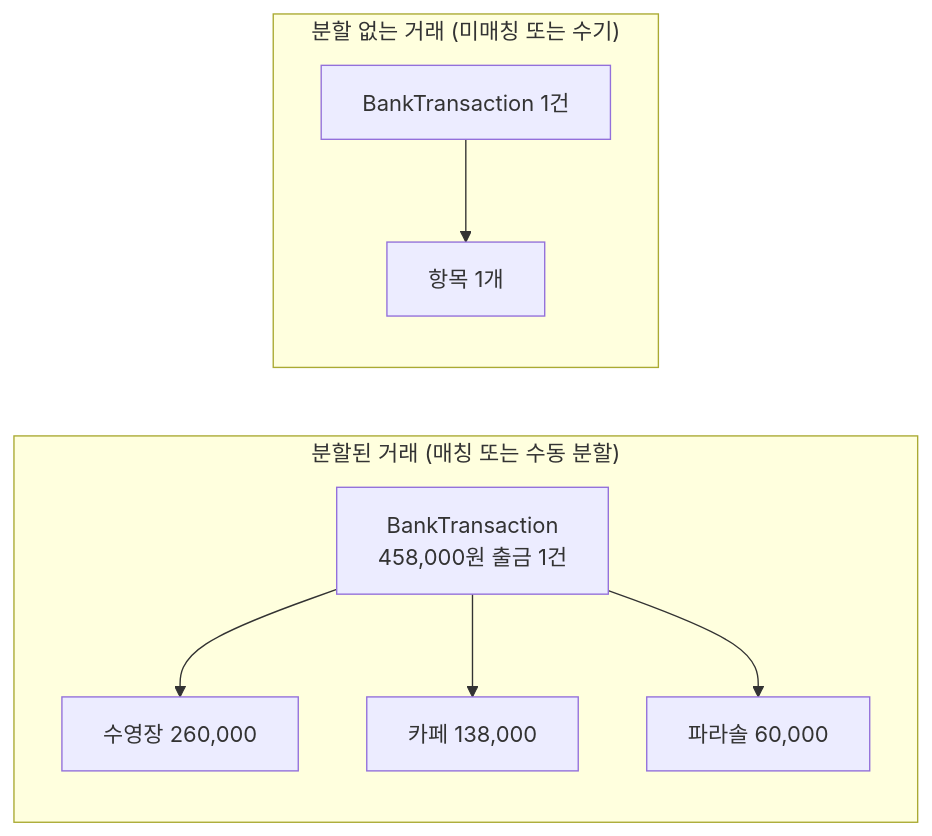
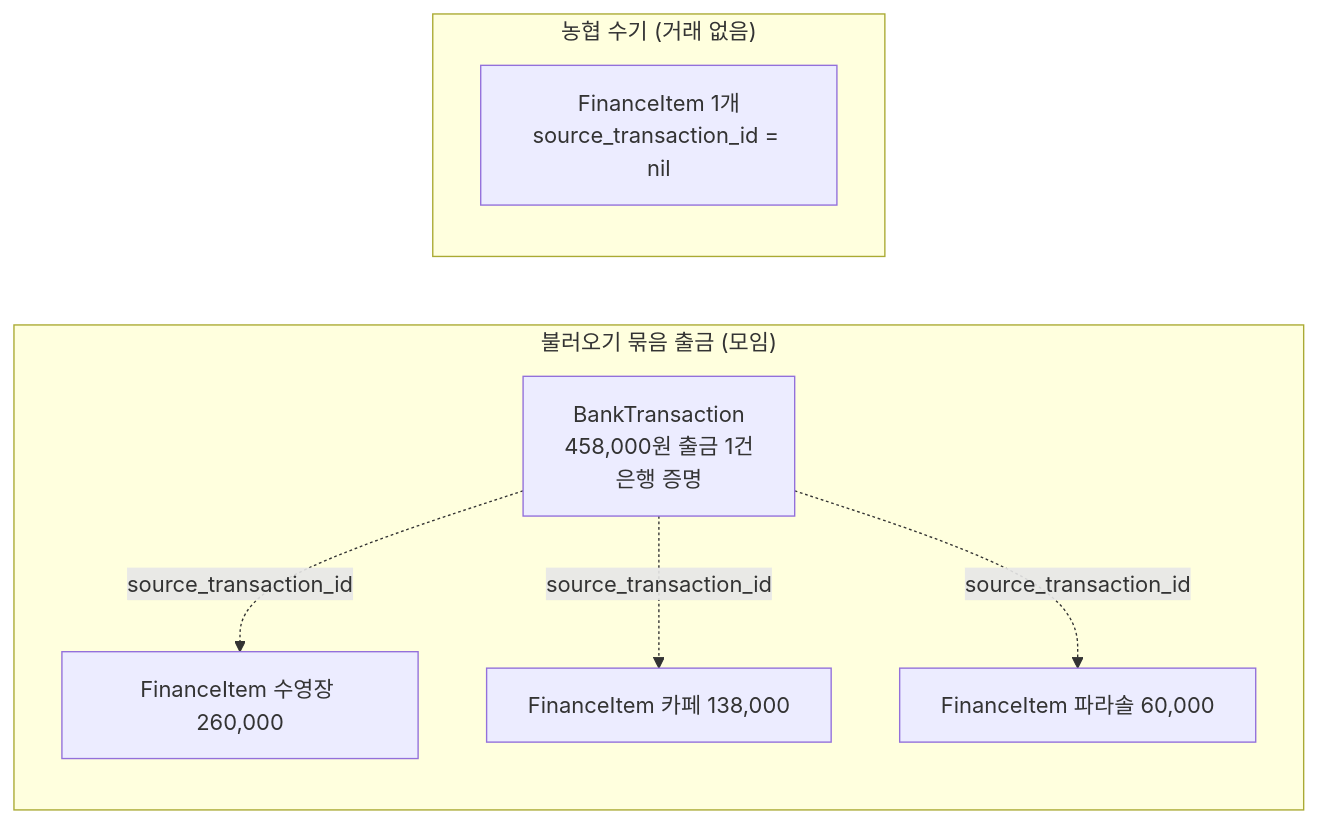
One commit to Ciracino88/nanuri-ios-app changed the second of 3 diagrams in NanuriAdmin/Features/Finance/README.md. Above: the diagram before and after it, drawn with Mermaid. The commit also changed other lines of this file and 1 other file, not shown here.

````diff
--- a/NanuriAdmin/Features/Finance/README.md
+++ b/NanuriAdmin/Features/Finance/README.md
@@ -132,12 +137,12 @@
 ```mermaid
 flowchart LR
-    subgraph g1["분할된 거래 (매칭 또는 수동 분할)"]
-      t1["BankTransaction<br/>458,000원 출금 1건"]
-      t1 --> r1["수영장 260,000"]
-      t1 --> r2["카페 138,000"]
-      t1 --> r3["파라솔 60,000"]
+    subgraph g1["불러오기 묶음 출금 (모임)"]
+      t1["BankTransaction<br/>458,000원 출금 1건<br/>은행 증명"]
+      t1 -. source_transaction_id .-> r1["FinanceItem 수영장 260,000"]
+      t1 -. source_transaction_id .-> r2["FinanceItem 카페 138,000"]
+      t1 -. source_transaction_id .-> r3["FinanceItem 파라솔 60,000"]
     end
-    subgraph g2["분할 없는 거래 (미매칭 또는 수기)"]
-      t2["BankTransaction 1건"] --> r4["항목 1개"]
+    subgraph g2["농협 수기 (거래 없음)"]
+      r4["FinanceItem 1개<br/>source_transaction_id = nil"]
     end
 ```
````
